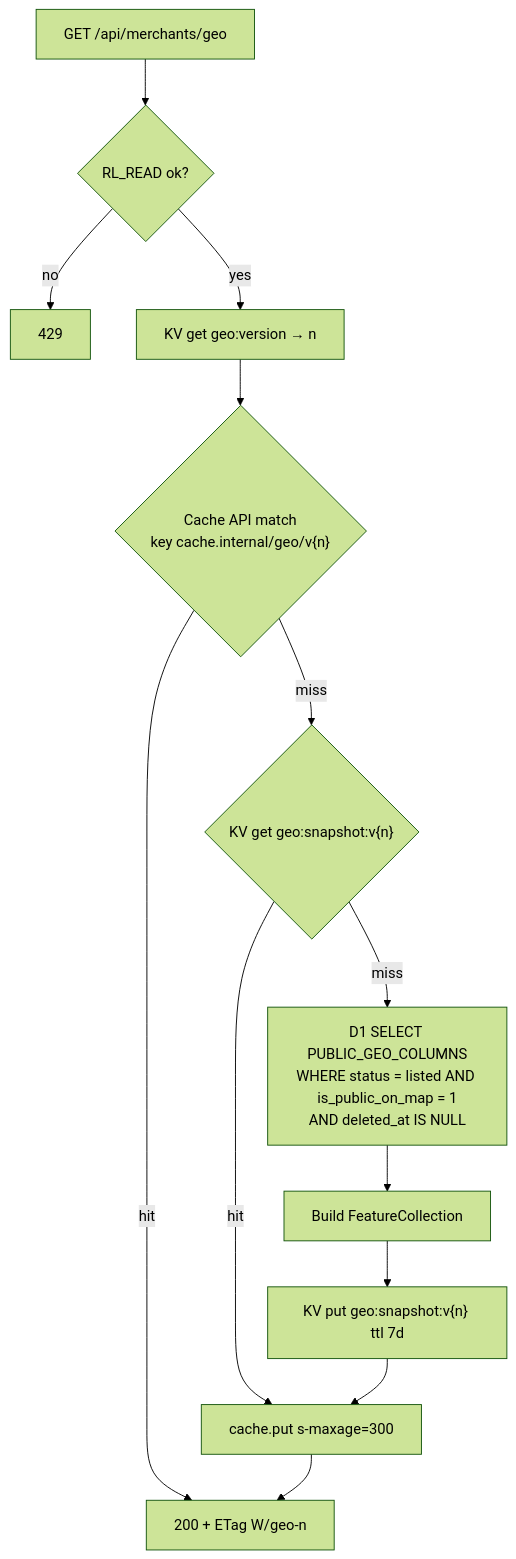
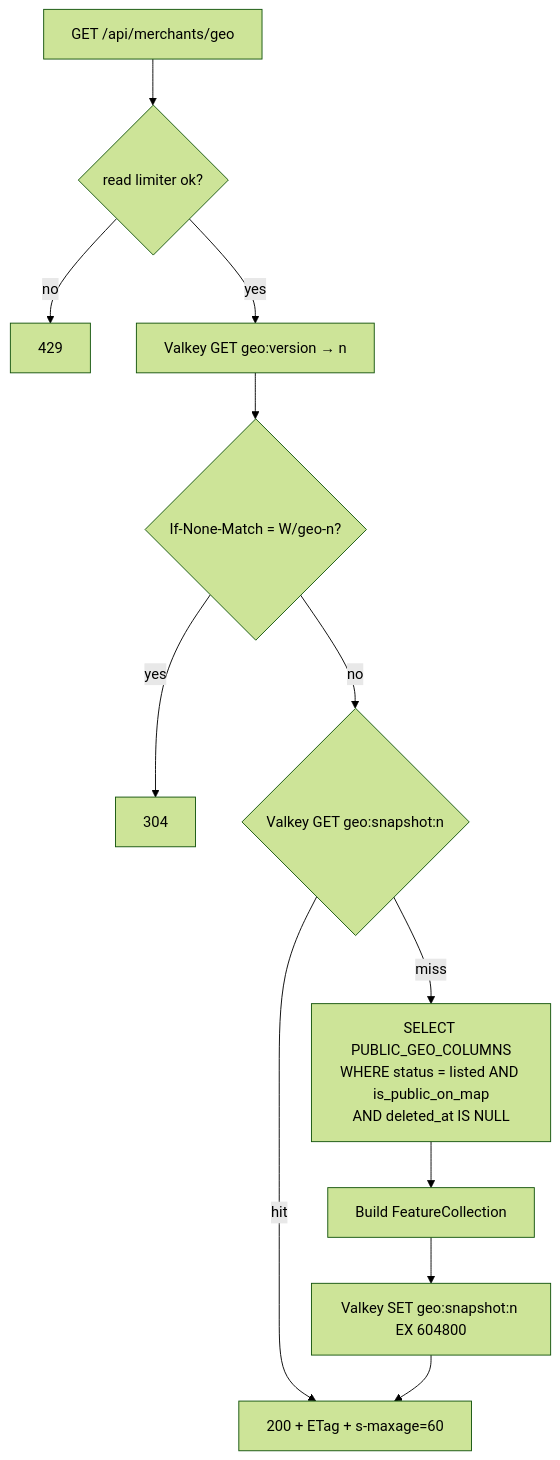
One commit to ceybyte/CeyByte.com changed the fourth of 4 diagrams in docs/02-TRD.md. Above: the diagram before and after it, drawn with Mermaid (forest theme). The commit also changed other lines of this file, not shown here.

First line of the commit message:
docs(main): rewrite TRD for single-VPS architecture

````diff
--- a/docs/02-TRD.md
+++ b/docs/02-TRD.md
@@ -554,12 +426,12 @@
 ```mermaid
 flowchart TD
-  A["GET /api/merchants/geo"] --> RL{"RL_READ ok?"}
+  A["GET /api/merchants/geo"] --> RL{"read limiter ok?"}
   RL -- no --> R429["429"]
-  RL -- yes --> V["KV get geo:version → n"]
-  V --> C{"Cache API match<br/>key cache.internal/geo/v{n}"}
-  C -- hit --> OUT["200 + ETag W/geo-n"]
-  C -- miss --> K{"KV get geo:snapshot:v{n}"}
-  K -- hit --> PUT1["cache.put s-maxage=300"] --> OUT
-  K -- miss --> DB["D1 SELECT PUBLIC_GEO_COLUMNS<br/>WHERE status = listed AND is_public_on_map = 1<br/>AND deleted_at IS NULL"]
-  DB --> BUILD["Build FeatureCollection"] --> KVW["KV put geo:snapshot:v{n} ttl 7d"] --> PUT1
+  RL -- yes --> V["Valkey GET geo:version → n"]
+  V --> E{"If-None-Match = W/geo-n?"}
+  E -- yes --> N304["304"]
+  E -- no --> K{"Valkey GET geo:snapshot:n"}
+  K -- hit --> OUT["200 + ETag + s-maxage=60"]
+  K -- miss --> DB["SELECT PUBLIC_GEO_COLUMNS<br/>WHERE status = listed AND is_public_on_map<br/>AND deleted_at IS NULL"]
+  DB --> BUILD["Build FeatureCollection"] --> SET["Valkey SET geo:snapshot:n EX 604800"] --> OUT
 ```
````
